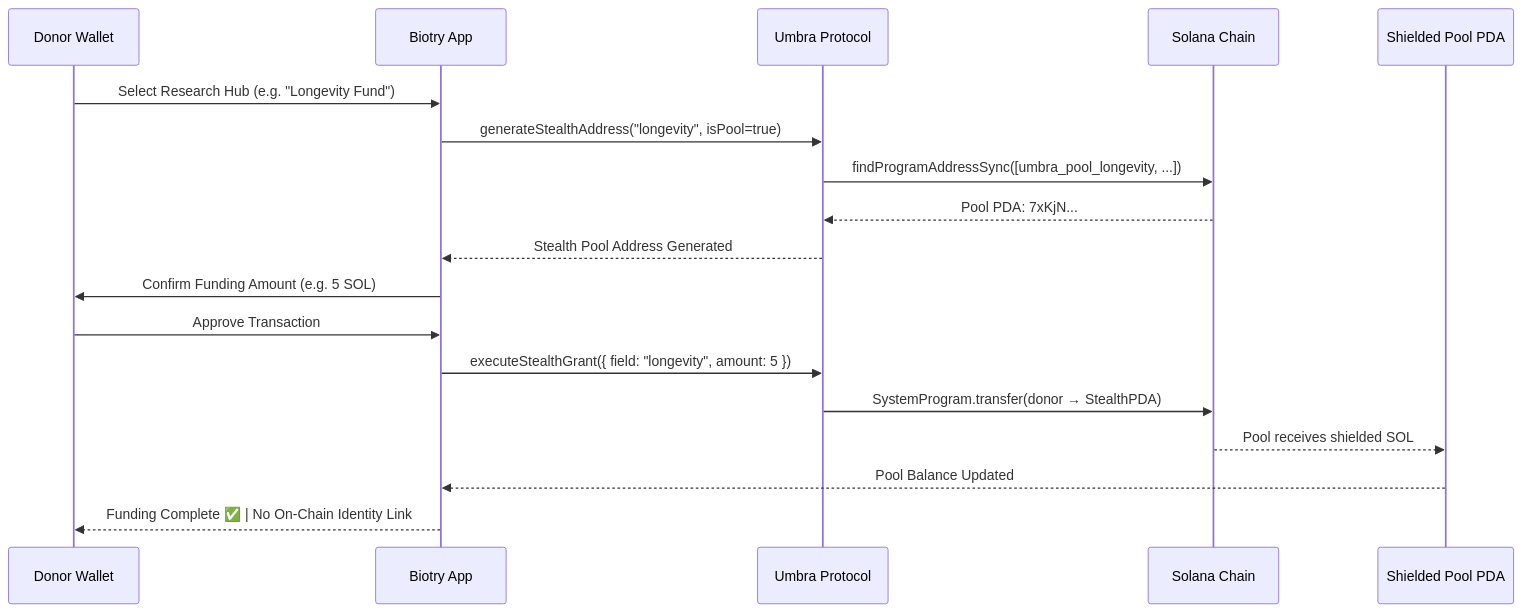
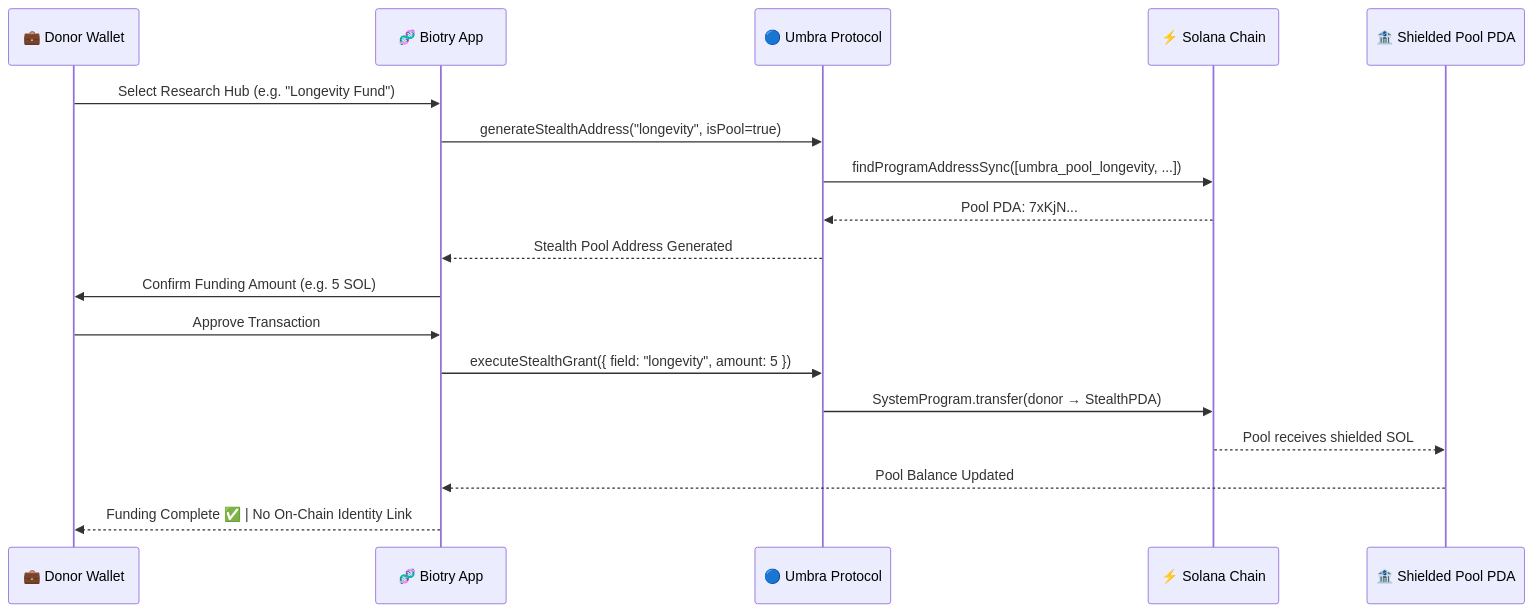
One commit to Joseph-hackathon/Biotry changed the second of 4 diagrams in README.md. Above: the diagram before and after it, drawn with Mermaid. The commit also changed other lines of this file and 14 other files, not shown here.

````diff
--- a/README.md
+++ b/README.md
@@ -373,21 +405,21 @@
 ```mermaid
 sequenceDiagram
-    participant D as Donor Wallet
-    participant B as Biotry App
-    participant U as Umbra Protocol
-    participant S as Solana Chain
-    participant P as Shielded Pool PDA
+    participant D as 💼 Donor Wallet
+    participant B as 🧬 Biotry App
+    participant U as 🔵 Umbra Protocol
+    participant S as ⚡ Solana Chain
+    participant P as 🏦 Shielded Pool PDA
 
     D->>B: Select Research Hub (e.g. "Longevity Fund")
     B->>U: generateStealthAddress("longevity", isPool=true)
     U->>S: findProgramAddressSync([umbra_pool_longevity, ...])
     S-->>U: Pool PDA: 7xKjN...
     U-->>B: Stealth Pool Address Generated
     B->>D: Confirm Funding Amount (e.g. 5 SOL)
     D->>B: Approve Transaction
     B->>U: executeStealthGrant({ field: "longevity", amount: 5 })
     U->>S: SystemProgram.transfer(donor → StealthPDA)
     S-->>P: Pool receives shielded SOL
     P-->>B: Pool Balance Updated
     B-->>D: Funding Complete ✅ | No On-Chain Identity Link
 ```
````
